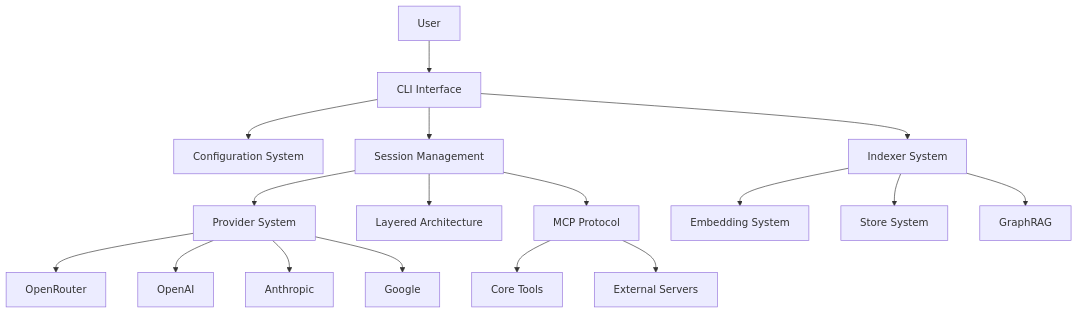
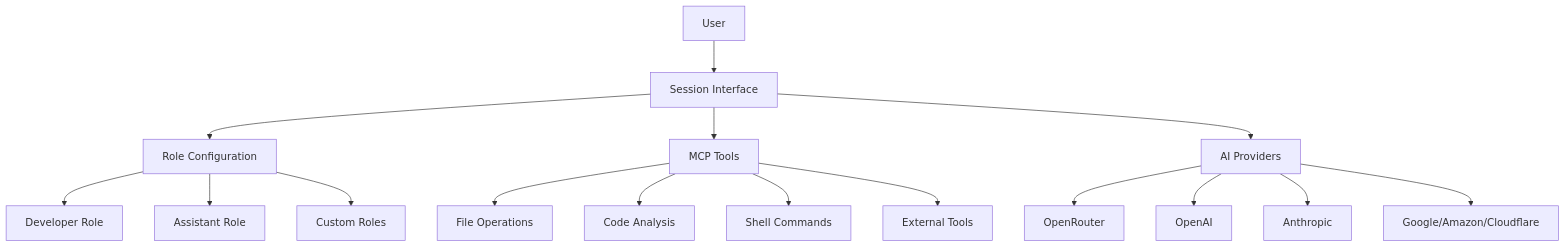
The diagram in doc/README.md (Muvon/octomind), drawn with Mermaid before and after one commit. The commit also changed other lines of this file and 15 other files, not shown here.

````diff
--- a/doc/README.md
+++ b/doc/README.md
@@ -136,23 +130,21 @@
 ```mermaid
 graph TB
-    A[User] --> B[CLI Interface]
-    B --> C[Configuration System]
-    B --> D[Session Management]
-    B --> E[Indexer System]
+    A[User] --> B[Session Interface]
+    B --> C[Role Configuration]
+    B --> D[MCP Tools]
+    B --> E[AI Providers]
     
-    D --> F[Provider System]
-    D --> G[Layered Architecture]
-    D --> H[MCP Protocol]
+    C --> F[Developer Role]
+    C --> G[Assistant Role]
+    C --> H[Custom Roles]
     
-    E --> I[Embedding System]
-    E --> J[Store System]
-    E --> K[GraphRAG]
+    D --> I[File Operations]
+    D --> J[Code Analysis]
+    D --> K[Shell Commands]
+    D --> L[External Tools]
     
-    F --> L[OpenRouter]
-    F --> M[OpenAI]
-    F --> N[Anthropic]
-    F --> O[Google]
-    
-    H --> P[Core Tools]
-    H --> Q[External Servers]
+    E --> M[OpenRouter]
+    E --> N[OpenAI]
+    E --> O[Anthropic]
+    E --> P[Google/Amazon/Cloudflare]
 ```
````
